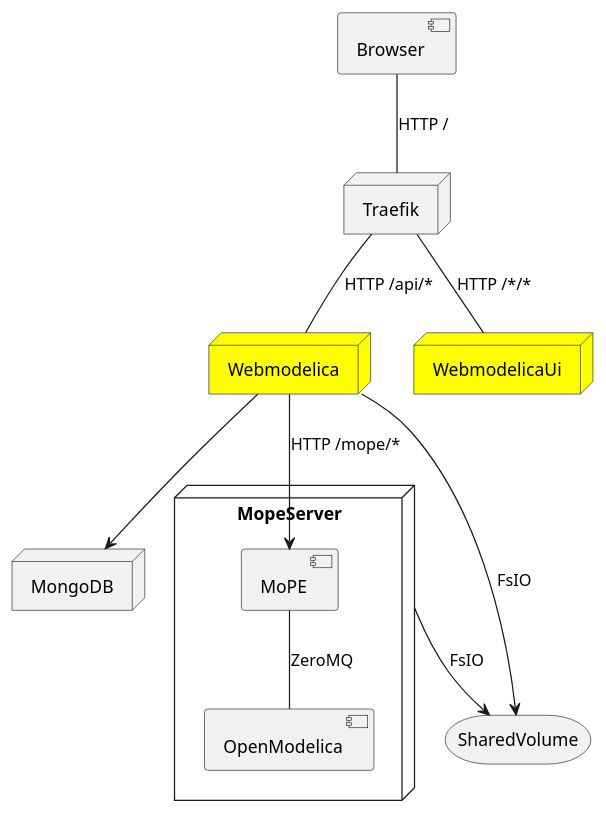
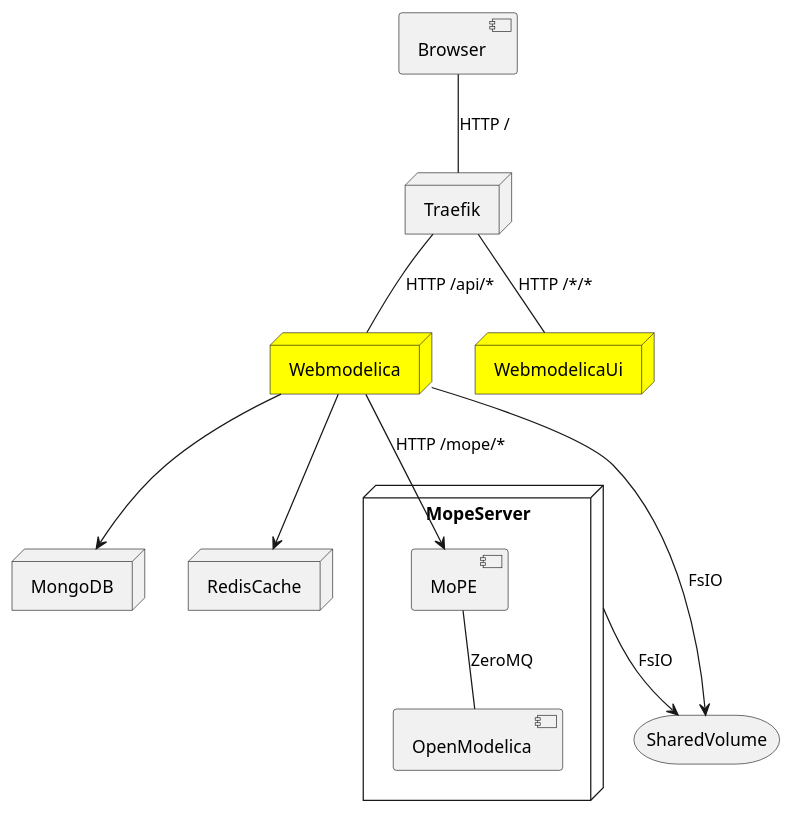
Before and after one commit to THM-MoTE/webmodelica: the diagram in doc/deployment.puml, drawn with PlantUML. The commit also changed 3 other files, not shown here.

Commit message:
include redis in diagrams

```diff
--- a/doc/deployment.puml
+++ b/doc/deployment.puml
@@ -1,27 +1,29 @@
 @startuml
 
 [Browser]
 
 node Traefik
 node Webmodelica #Yellow
 node WebmodelicaUi #Yellow
 node MongoDB
+node RedisCache
 
 Browser -- Traefik : HTTP /
 Traefik -- Webmodelica : HTTP /api/*
 Traefik -- WebmodelicaUi : HTTP /*/*
 
 Webmodelica --> MongoDB
+Webmodelica --> RedisCache
 
 node MopeServer {
   Webmodelica --> [MoPE] : HTTP /mope/*
   [OpenModelica]
   [MoPE] -- [OpenModelica] : ZeroMQ
 }
 
 storage SharedVolume
 
 Webmodelica --> SharedVolume : FsIO
 MopeServer --> SharedVolume : FsIO
 
 @enduml
```
